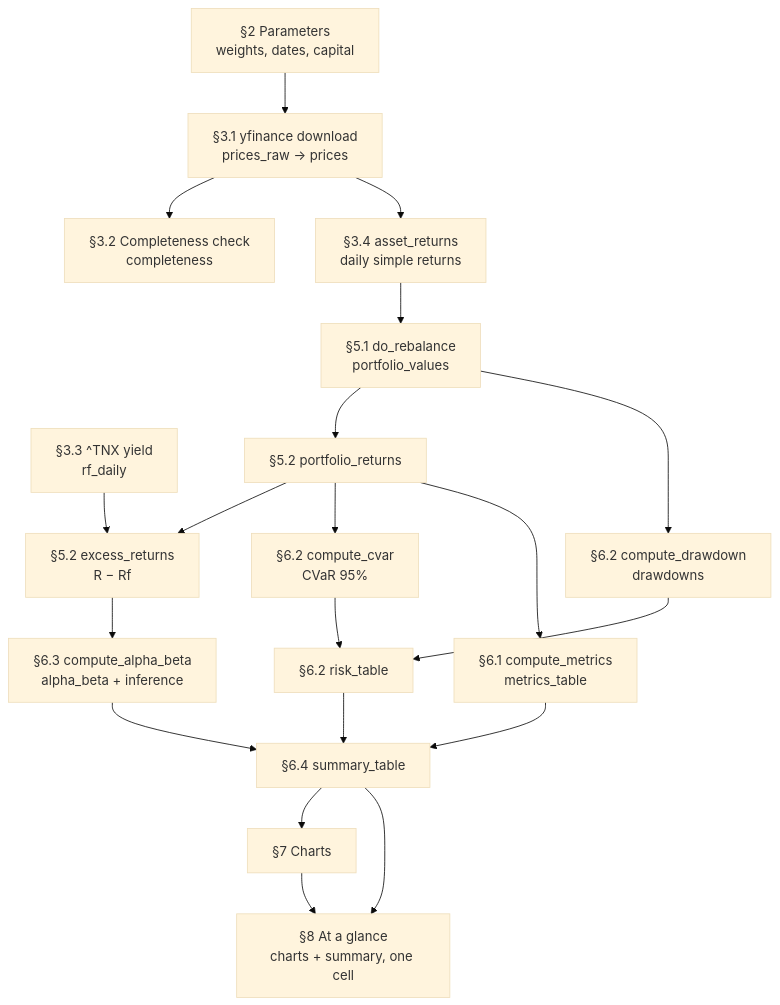
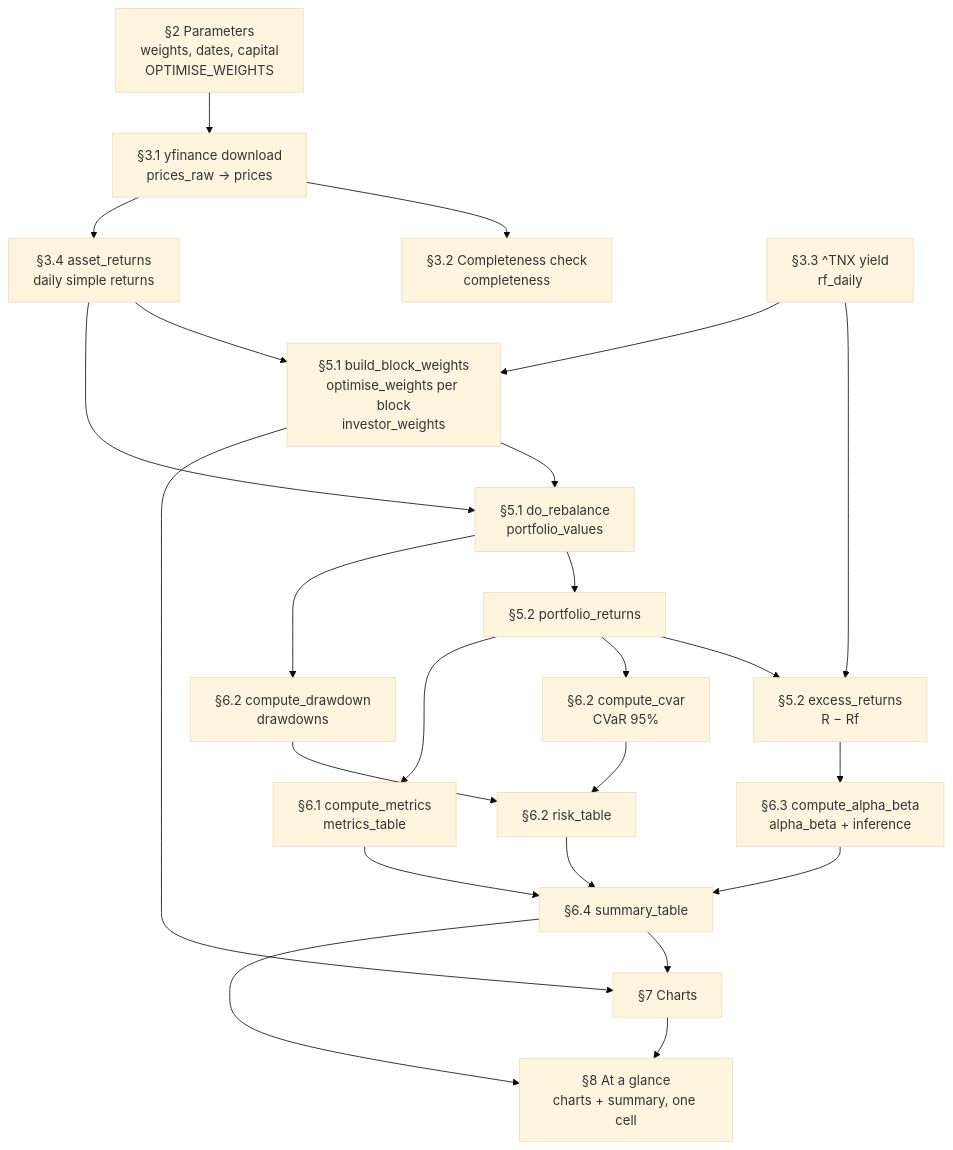
Before and after one commit to cyee02/MQF: the diagram in QF600/Assignment 1 - Compute Alpha/README.md, drawn with Mermaid (base theme). The commit also changed other lines of this file and 2 other files, not shown here.

First line of the commit message:
Fix equity/drawdown chart bugs, add correlation heatmap (#5)

````diff
--- a/QF600/Assignment 1 - Compute Alpha/README.md
+++ b/QF600/Assignment 1 - Compute Alpha/README.md
@@ -25,22 +31,26 @@
 ```mermaid
 flowchart TD
-    P[§2 Parameters<br/>weights, dates, capital] --> D[§3.1 yfinance download<br/>prices_raw → prices]
+    P[§2 Parameters<br/>weights, dates, capital<br/>OPTIMISE_WEIGHTS] --> D[§3.1 yfinance download<br/>prices_raw → prices]
     D --> V[§3.2 Completeness check<br/>completeness]
     D --> R[§3.4 asset_returns<br/>daily simple returns]
     T[§3.3 ^TNX yield<br/>rf_daily] --> E
-    R --> B[§5.1 do_rebalance<br/>portfolio_values]
+    R --> W[§5.1 build_block_weights<br/>optimise_weights per block<br/>investor_weights]
+    T --> W
+    W --> B[§5.1 do_rebalance<br/>portfolio_values]
+    R --> B
+    W --> C
     B --> Q[§5.2 portfolio_returns]
     Q --> E[§5.2 excess_returns<br/>R − Rf]
     B --> DD[§6.2 compute_drawdown<br/>drawdowns]
     Q --> CV[§6.2 compute_cvar<br/>CVaR 95%]
     DD --> RT[§6.2 risk_table]
     CV --> RT
     Q --> M[§6.1 compute_metrics<br/>metrics_table]
     E --> A[§6.3 compute_alpha_beta<br/>alpha_beta + inference]
     M --> S[§6.4 summary_table]
     RT --> S
     A --> S
     S --> C[§7 Charts]
     S --> G[§8 At a glance<br/>charts + summary, one cell]
     C --> G
 ```
````
